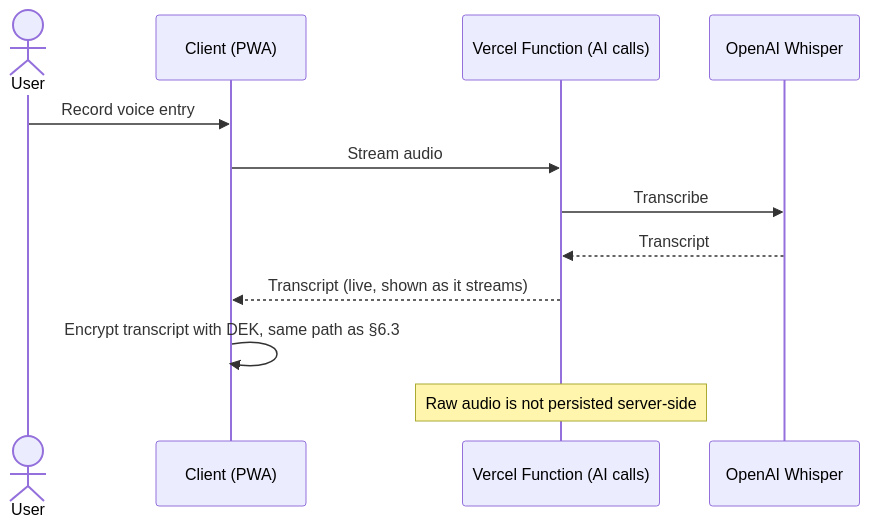
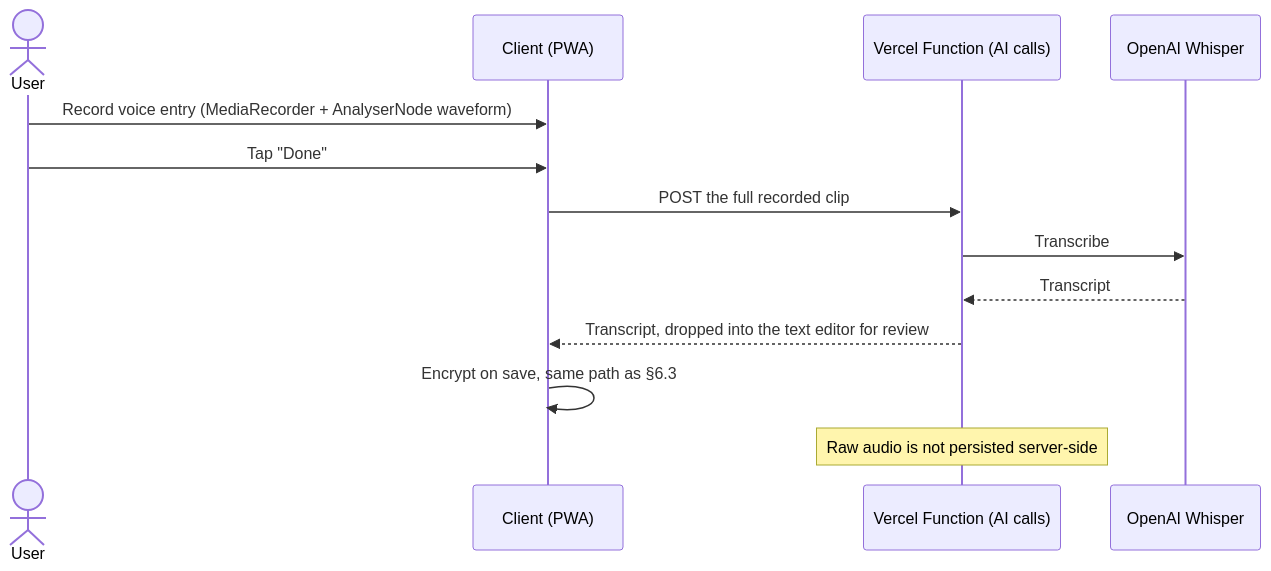
The seventh of 10 diagrams in docs/ARCHITECTURE.md (sipandey/the-nook), drawn with Mermaid before and after one commit. The commit also changed other lines of this file and 1 other file, not shown here.

````diff
--- a/docs/ARCHITECTURE.md
+++ b/docs/ARCHITECTURE.md
@@ -224,15 +238,16 @@
 ```mermaid
 sequenceDiagram
     actor U as User
     participant C as Client (PWA)
     participant EF as Vercel Function (AI calls)
     participant AI as OpenAI Whisper
 
-    U->>C: Record voice entry
-    C->>EF: Stream audio
+    U->>C: Record voice entry (MediaRecorder + AnalyserNode waveform)
+    U->>C: Tap "Done"
+    C->>EF: POST the full recorded clip
     EF->>AI: Transcribe
     AI-->>EF: Transcript
-    EF-->>C: Transcript (live, shown as it streams)
-    C->>C: Encrypt transcript with DEK, same path as §6.3
+    EF-->>C: Transcript, dropped into the text editor for review
+    C->>C: Encrypt on save, same path as §6.3
     Note over EF: Raw audio is not persisted server-side
 ```
````
